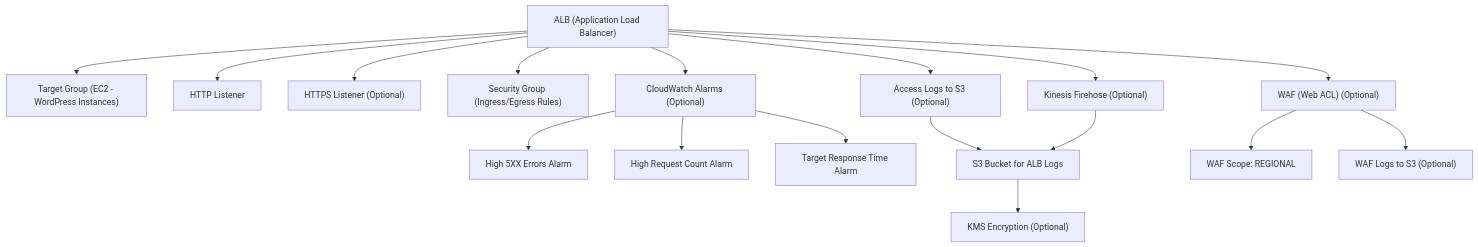
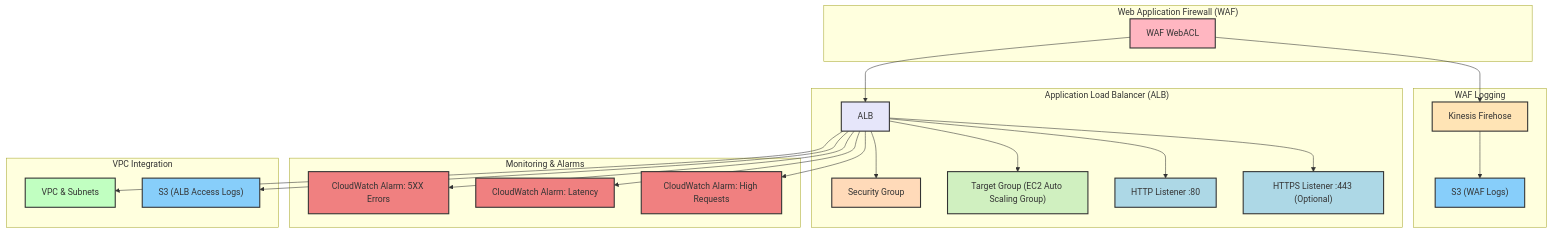
One commit to hetmanskyi-cloud/AWS changed the diagram in terraform/modules/alb/README.md. Above: the diagram before and after it, drawn with Mermaid.

````diff
--- a/terraform/modules/alb/README.md
+++ b/terraform/modules/alb/README.md
@@ -11,42 +11,63 @@
 ```mermaid
 graph TD
-  ALB["ALB (Application Load Balancer)"]
-  TG["Target Group (EC2 - WordPress Instances)"]
-  HTTP["HTTP Listener"]
-  HTTPS["HTTPS Listener (Optional)"]
-  SG["Security Group (Ingress/Egress Rules)"]
-  WAF["WAF (Web ACL) (Optional)"]
-  LOGS["Access Logs to S3 (Optional)"]
-  FIREHOSE["Kinesis Firehose (Optional)"]
-  CW["CloudWatch Alarms (Optional)"]
+  subgraph "Application Load Balancer (ALB)"
+    ALB["ALB"]
+    SG["Security Group"]
+    TG["Target Group (EC2 Auto Scaling Group)"]
+    HTTP["HTTP Listener :80"]
+    HTTPS["HTTPS Listener :443 (Optional)"]
+    ALB --> SG
+    ALB --> HTTP
+    ALB --> HTTPS
+    ALB --> TG
+  end
 
-  CW5xx["High 5XX Errors Alarm"]
-  CWReq["High Request Count Alarm"]
-  CWResp["Target Response Time Alarm"]
+  subgraph "Web Application Firewall (WAF)"
+    WAF["WAF WebACL"]
+    WAF --> ALB
+  end
 
-  S3["S3 Bucket for ALB Logs"]
-  KMS["KMS Encryption (Optional)"]
-  WAFScope["WAF Scope: REGIONAL"]
-  WAFLogs["WAF Logs to S3 (Optional)"]
+  subgraph "WAF Logging"
+    Firehose["Kinesis Firehose"]
+    WAF --> Firehose
+    Firehose --> S3_WAF["S3 (WAF Logs)"]
+  end
 
-  ALB --> TG
-  ALB --> HTTP
-  ALB --> HTTPS
-  ALB --> SG
-  ALB --> WAF
-  ALB --> LOGS
-  ALB --> FIREHOSE
-  ALB --> CW
+  subgraph "Monitoring & Alarms"
+    CW_5xx["CloudWatch Alarm: 5XX Errors"]
+    CW_Latency["CloudWatch Alarm: Latency"]
+    CW_Requests["CloudWatch Alarm: High Requests"]
+    ALB --> CW_5xx
+    ALB --> CW_Latency
+    ALB --> CW_Requests
+  end
 
-  CW --> CW5xx
-  CW --> CWReq
-  CW --> CWResp
+  subgraph "VPC Integration"
+    VPC["VPC & Subnets"]
+    ALB --> VPC
+    ALB --> S3_ALB["S3 (ALB Access Logs)"]
+  end
 
-  LOGS --> S3
-  FIREHOSE --> S3
-  S3 --> KMS
+  %% Class assignments
+  class ALB alb;
+  class SG sg;
+  class TG tg;
+  class HTTP,HTTPS listener;
+  class WAF waf;
+  class Firehose firehose;
+  class S3_WAF,s3_alb s3;
+  class CW_5xx,CW_Latency,CW_Requests cloudwatch;
+  class VPC vpc;
+  class S3_ALB s3;
 
-  WAF --> WAFScope
-  WAF --> WAFLogs
-
+  %% Class definitions (colors)
+  classDef alb fill:#E6E6FA,stroke:#333,stroke-width:2px;
+  classDef sg fill:#FFDAB9,stroke:#333,stroke-width:2px;
+  classDef tg fill:#D0F0C0,stroke:#333,stroke-width:2px;
+  classDef listener fill:#ADD8E6,stroke:#333,stroke-width:2px;
+  classDef waf fill:#FFB6C1,stroke:#333,stroke-width:2px;
+  classDef firehose fill:#FFE4B5,stroke:#333,stroke-width:2px;
+  classDef s3 fill:#87CEFA,stroke:#333,stroke-width:2px;
+  classDef cloudwatch fill:#F08080,stroke:#333,stroke-width:2px;
+  classDef vpc fill:#C1FFC1,stroke:#333,stroke-width:2px;
 ```
````
